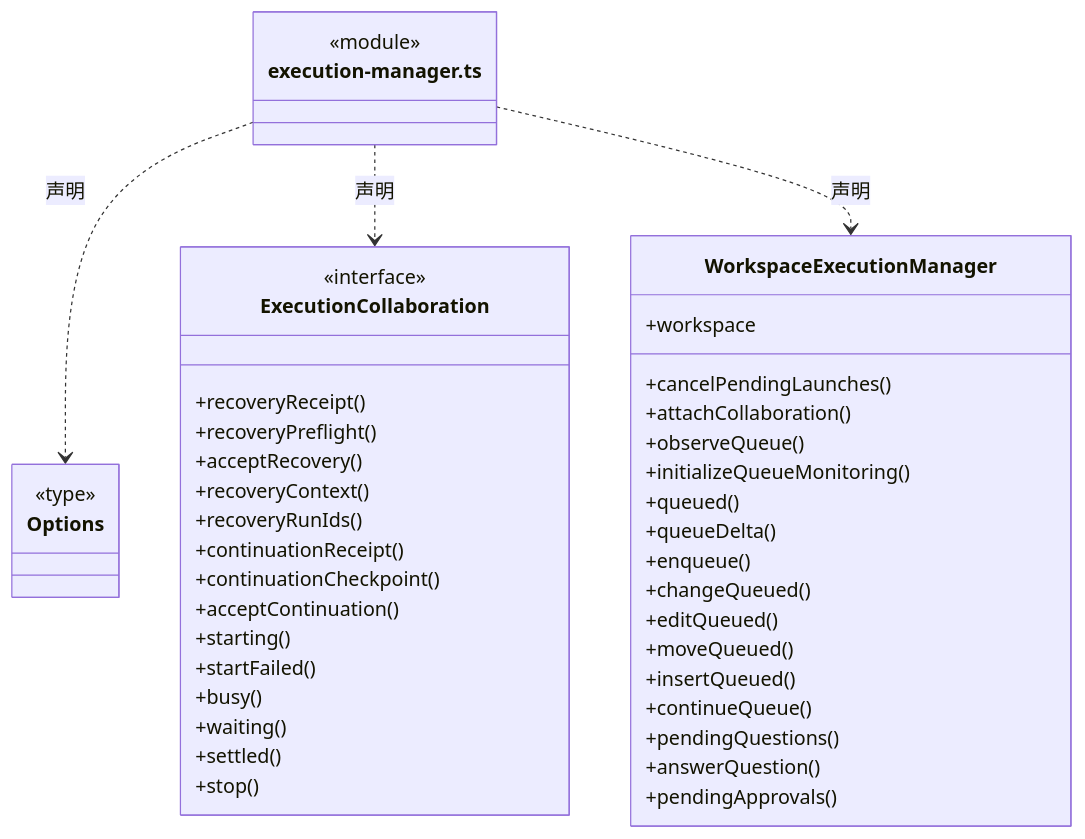
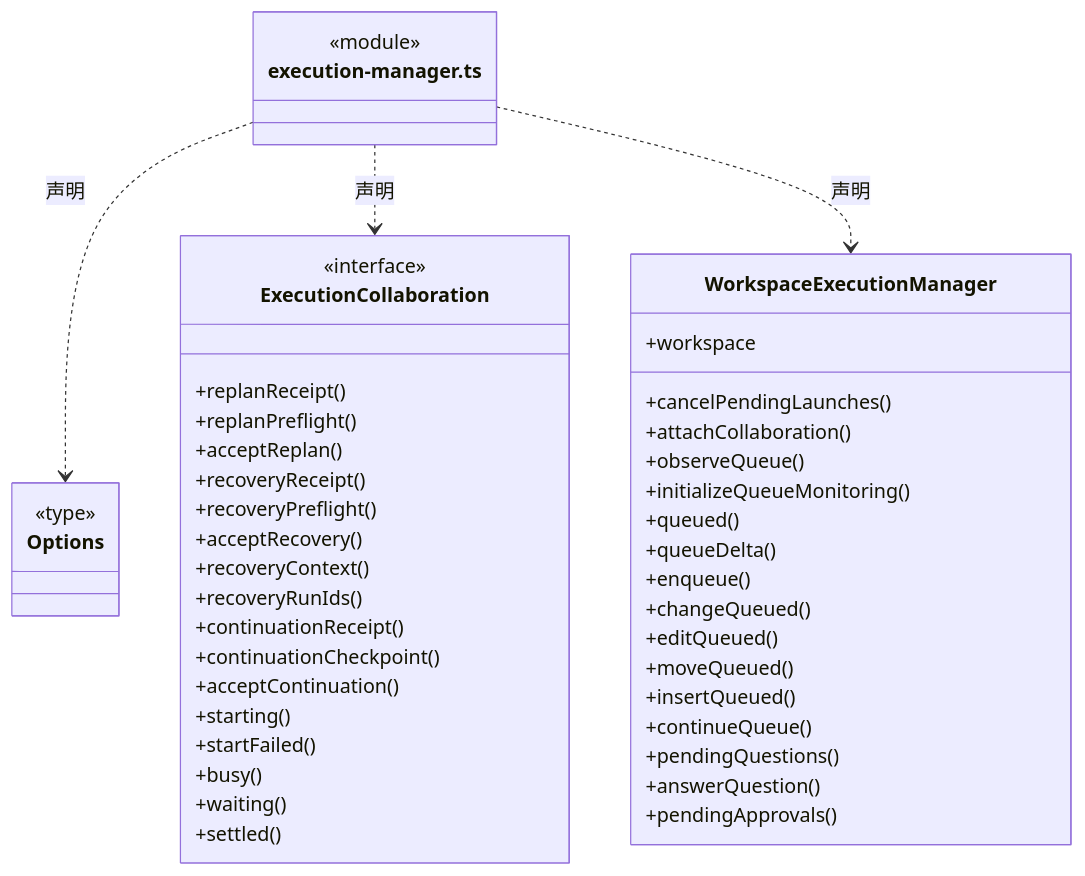
The seventh of 38 diagrams in src/backend/scheduler-engine/execution/ARCHITECTURE.md (nan023062/cbim), drawn with Mermaid before and after one commit. The commit also changed other lines of this file and 53 other files, not shown here.

````diff
--- a/src/backend/scheduler-engine/execution/ARCHITECTURE.md
+++ b/src/backend/scheduler-engine/execution/ARCHITECTURE.md
@@ -220,48 +224,50 @@
 ```mermaid
 classDiagram
 class N_src_backend_scheduler_engine_execution_execution_manager_ts["execution-manager.ts"] {
   <<module>>
 }
 class N_src_backend_scheduler_engine_execution_execution_manager_ts_Options["Options"] {
   <<type>>
 
 }
 N_src_backend_scheduler_engine_execution_execution_manager_ts ..> N_src_backend_scheduler_engine_execution_execution_manager_ts_Options : 声明
 class N_src_backend_scheduler_engine_execution_execution_manager_ts_ExecutionCollaboration["ExecutionCollaboration"] {
   <<interface>>
+  +replanReceipt()
+  +replanPreflight()
+  +acceptReplan()
   +recoveryReceipt()
   +recoveryPreflight()
   +acceptRecovery()
   +recoveryContext()
   +recoveryRunIds()
   +continuationReceipt()
   +continuationCheckpoint()
   +acceptContinuation()
   +starting()
   +startFailed()
   +busy()
   +waiting()
   +settled()
-  +stop()
 }
 N_src_backend_scheduler_engine_execution_execution_manager_ts ..> N_src_backend_scheduler_engine_execution_execution_manager_ts_ExecutionCollaboration : 声明
 class N_src_backend_scheduler_engine_execution_execution_manager_ts_WorkspaceExecutionManager["WorkspaceExecutionManager"] {
   +workspace
   +cancelPendingLaunches()
   +attachCollaboration()
   +observeQueue()
   +initializeQueueMonitoring()
   +queued()
   +queueDelta()
   +enqueue()
   +changeQueued()
   +editQueued()
   +moveQueued()
   +insertQueued()
   +continueQueue()
   +pendingQuestions()
   +answerQuestion()
   +pendingApprovals()
 }
 N_src_backend_scheduler_engine_execution_execution_manager_ts ..> N_src_backend_scheduler_engine_execution_execution_manager_ts_WorkspaceExecutionManager : 声明
 ```
````
